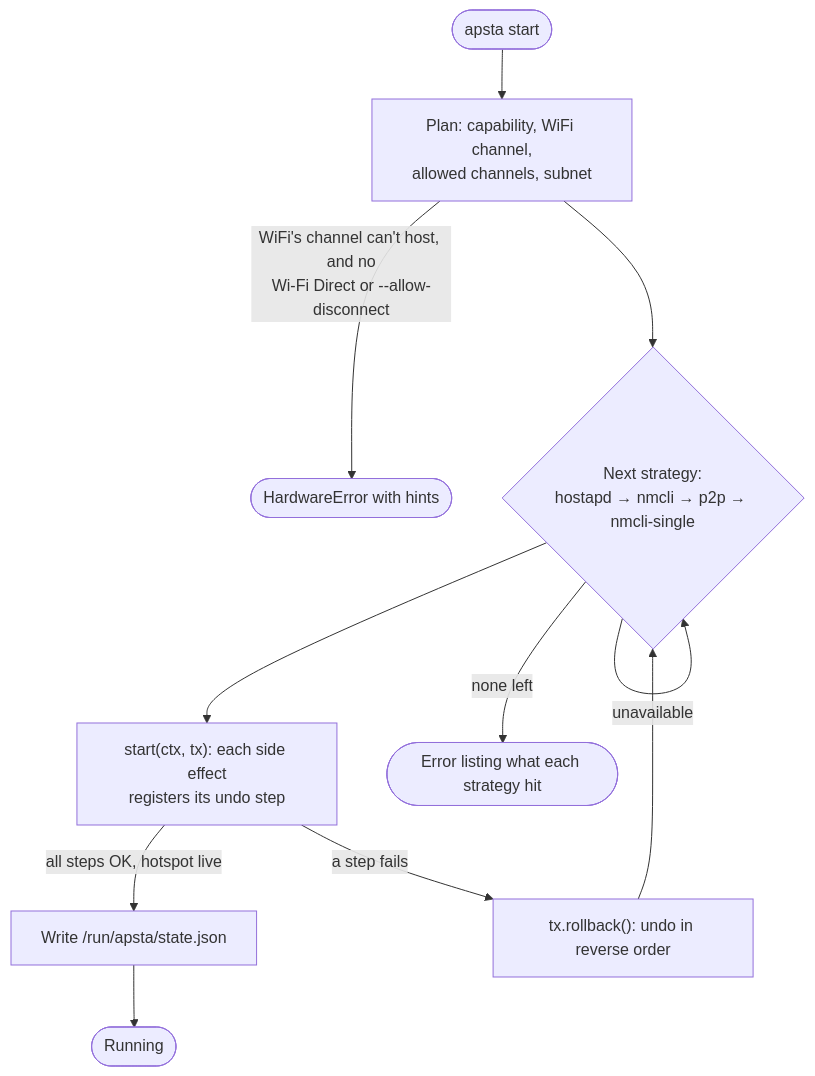
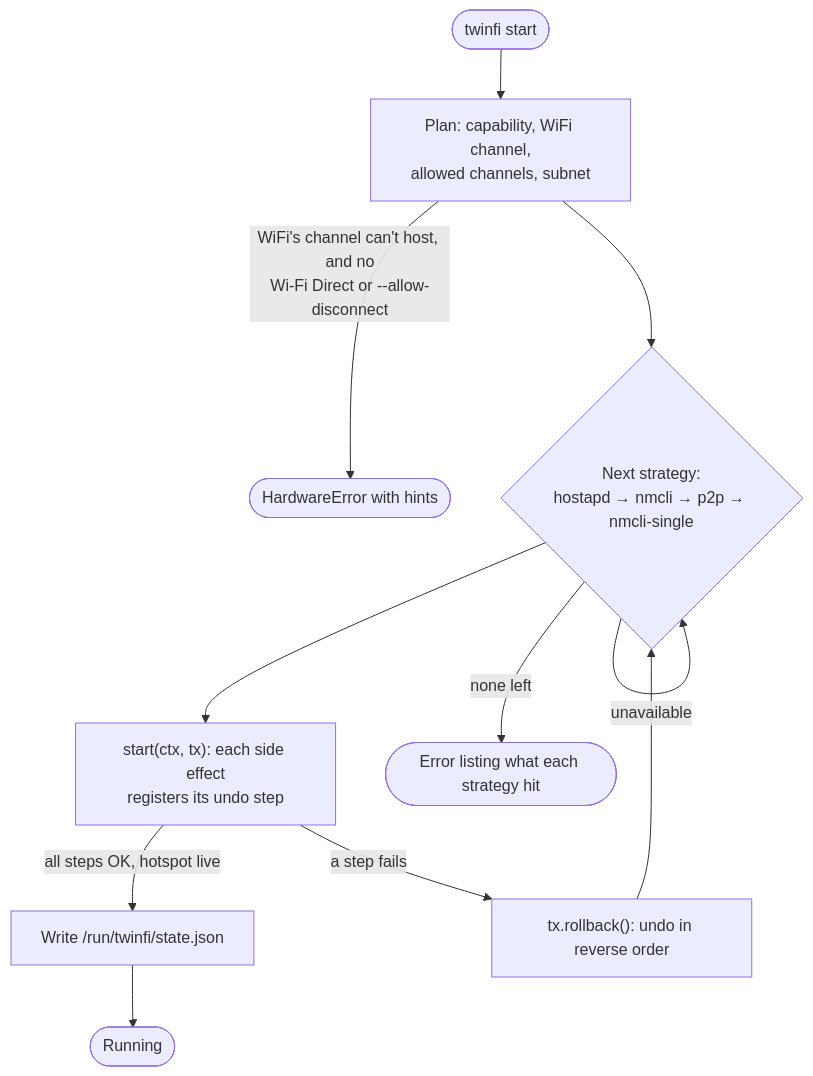
The second of 4 diagrams in docs/ARCHITECTURE.md (krotrn/apsta), drawn with Mermaid before and after one commit. The commit also changed other lines of this file and 204 other files, not shown here.

First line of the commit message:
feat!: rename apsta to twinfi

````diff
--- a/docs/ARCHITECTURE.md
+++ b/docs/ARCHITECTURE.md
@@ -65,11 +65,11 @@
 ```mermaid
 flowchart TD
-    S(["apsta start"]) --> P["Plan: capability, WiFi channel,<br/>allowed channels, subnet"]
+    S(["twinfi start"]) --> P["Plan: capability, WiFi channel,<br/>allowed channels, subnet"]
     P -- "WiFi's channel can't host, and no<br/>Wi-Fi Direct or --allow-disconnect" --> E(["HardwareError with hints"])
     P --> N{"Next strategy:<br/>hostapd → nmcli → p2p → nmcli-single"}
     N -- "unavailable" --> N
     N --> T["start(ctx, tx): each side effect<br/>registers its undo step"]
-    T -- "all steps OK, hotspot live" --> W["Write /run/apsta/state.json"] --> D(["Running"])
+    T -- "all steps OK, hotspot live" --> W["Write /run/twinfi/state.json"] --> D(["Running"])
     T -- "a step fails" --> R["tx.rollback(): undo in reverse order"] --> N
     N -- "none left" --> F(["Error listing what each strategy hit"])
 ```
````
